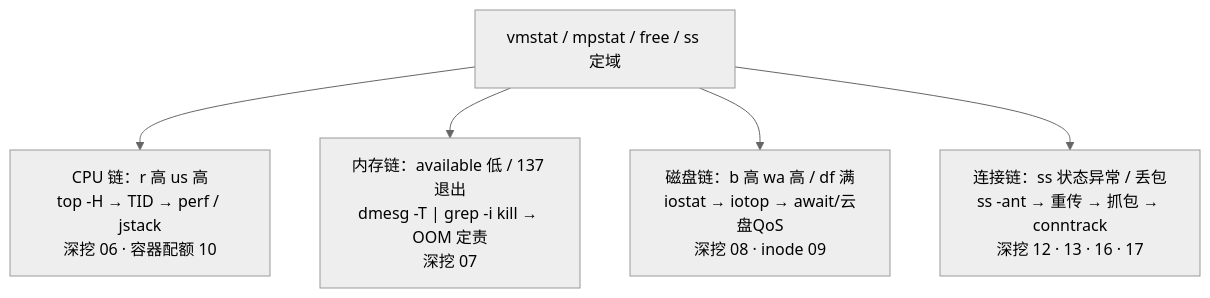
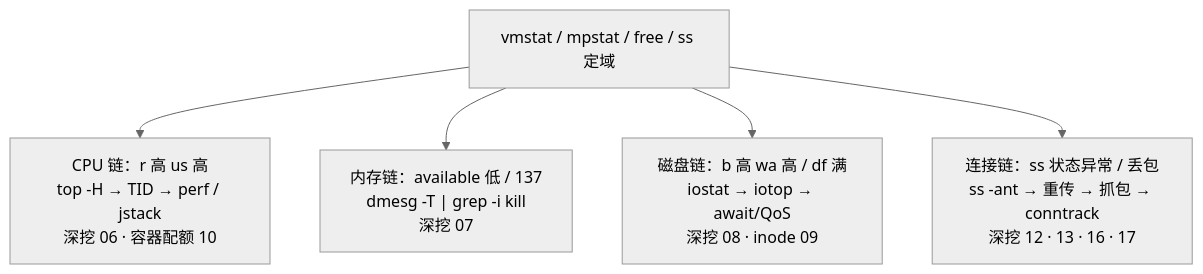
One commit to ml-cuizijun/LearnToLilith changed the second of 4 diagrams in 01-基础底座/21-性能方法论-USE与RED/知识点.md. Above: the diagram before and after it, drawn with Mermaid (neutral theme). The commit also changed other lines of this file and 178 other files, not shown here.

````diff
--- a/01-基础底座/21-性能方法论-USE与RED/知识点.md
+++ b/01-基础底座/21-性能方法论-USE与RED/知识点.md
@@ -291,7 +272,7 @@
 ```mermaid
 flowchart TB
     V["vmstat / mpstat / free / ss 定域"] --> A["CPU 链：r 高 us 高<br/>top -H → TID → perf / jstack<br/>深挖 06 · 容器配额 10"]
-    V --> B["内存链：available 低 / 137 退出<br/>dmesg -T | grep -i kill → OOM 定责<br/>深挖 07"]
-    V --> C["磁盘链：b 高 wa 高 / df 满<br/>iostat → iotop → await/云盘QoS<br/>深挖 08 · inode 09"]
+    V --> B["内存链：available 低 / 137<br/>dmesg -T | grep -i kill<br/>深挖 07"]
+    V --> C["磁盘链：b 高 wa 高 / df 满<br/>iostat → iotop → await/QoS<br/>深挖 08 · inode 09"]
     V --> D["连接链：ss 状态异常 / 丢包<br/>ss -ant → 重传 → 抓包 → conntrack<br/>深挖 12 · 13 · 16 · 17"]
 ```
````
